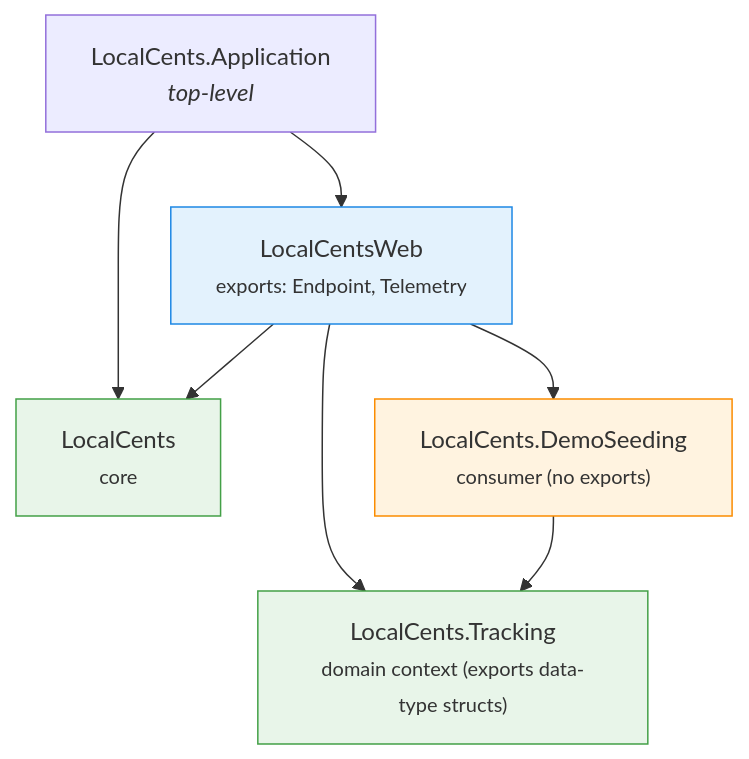
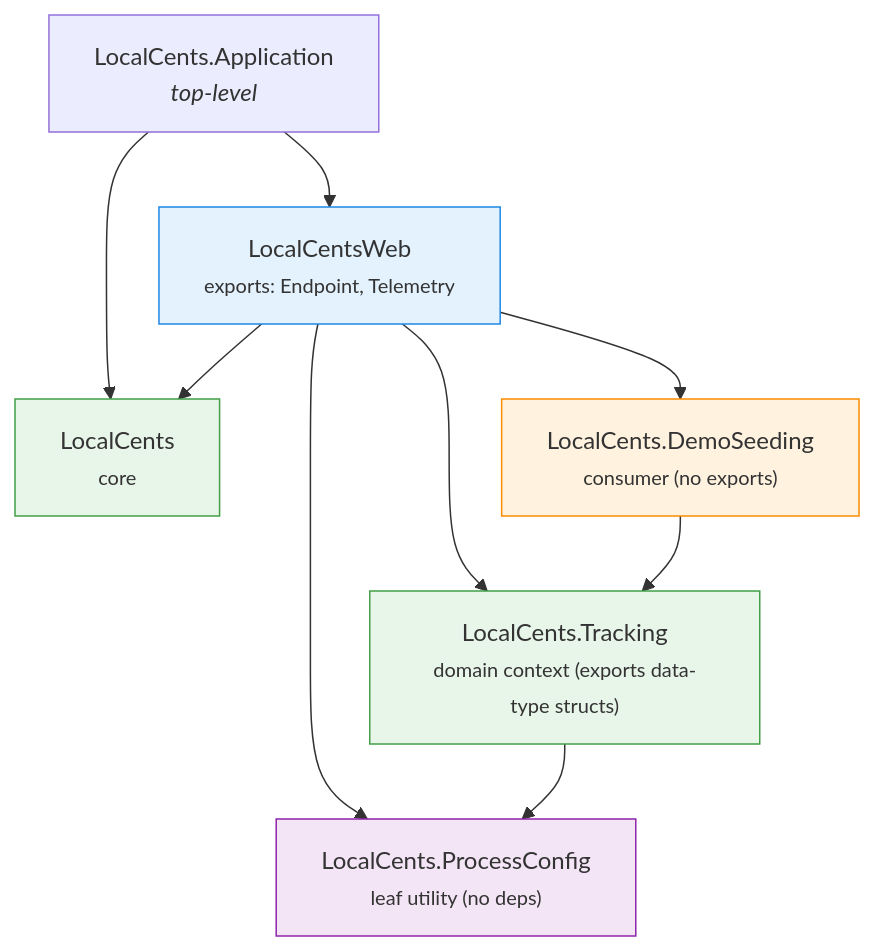
The first of 2 diagrams in docs/module-boundaries.md (zorn/local_cents), drawn with Mermaid before and after one commit. The commit also changed other lines of this file and 25 other files, not shown here.

First line of the commit message:
test: introduces `ProcessConfig` to allow all test modules to be async (#201)

````diff
--- a/docs/module-boundaries.md
+++ b/docs/module-boundaries.md
@@ -70,22 +85,27 @@
 ```mermaid
 graph TD
     App["LocalCents.Application<br/><i>top-level</i>"]
     Web["LocalCentsWeb<br/><small>exports: Endpoint, Telemetry</small>"]
     Core["LocalCents<br/><small>core</small>"]
     Tracking["LocalCents.Tracking<br/><small>domain context (exports data-type structs)</small>"]
     DemoSeeding["LocalCents.DemoSeeding<br/><small>consumer (no exports)</small>"]
+    ProcessConfig["LocalCents.ProcessConfig<br/><small>leaf utility (no deps)</small>"]
 
     App --> Web
     App --> Core
     Web --> Core
     Web --> Tracking
     Web --> DemoSeeding
+    Web --> ProcessConfig
     DemoSeeding --> Tracking
+    Tracking --> ProcessConfig
 
     classDef context fill:#e8f5e9,stroke:#43a047;
     classDef web fill:#e3f2fd,stroke:#1e88e5;
     classDef consumer fill:#fff3e0,stroke:#fb8c00;
+    classDef utility fill:#f3e5f5,stroke:#8e24aa;
     class Tracking,Core context;
     class Web web;
     class DemoSeeding consumer;
+    class ProcessConfig utility;
 ```
````
